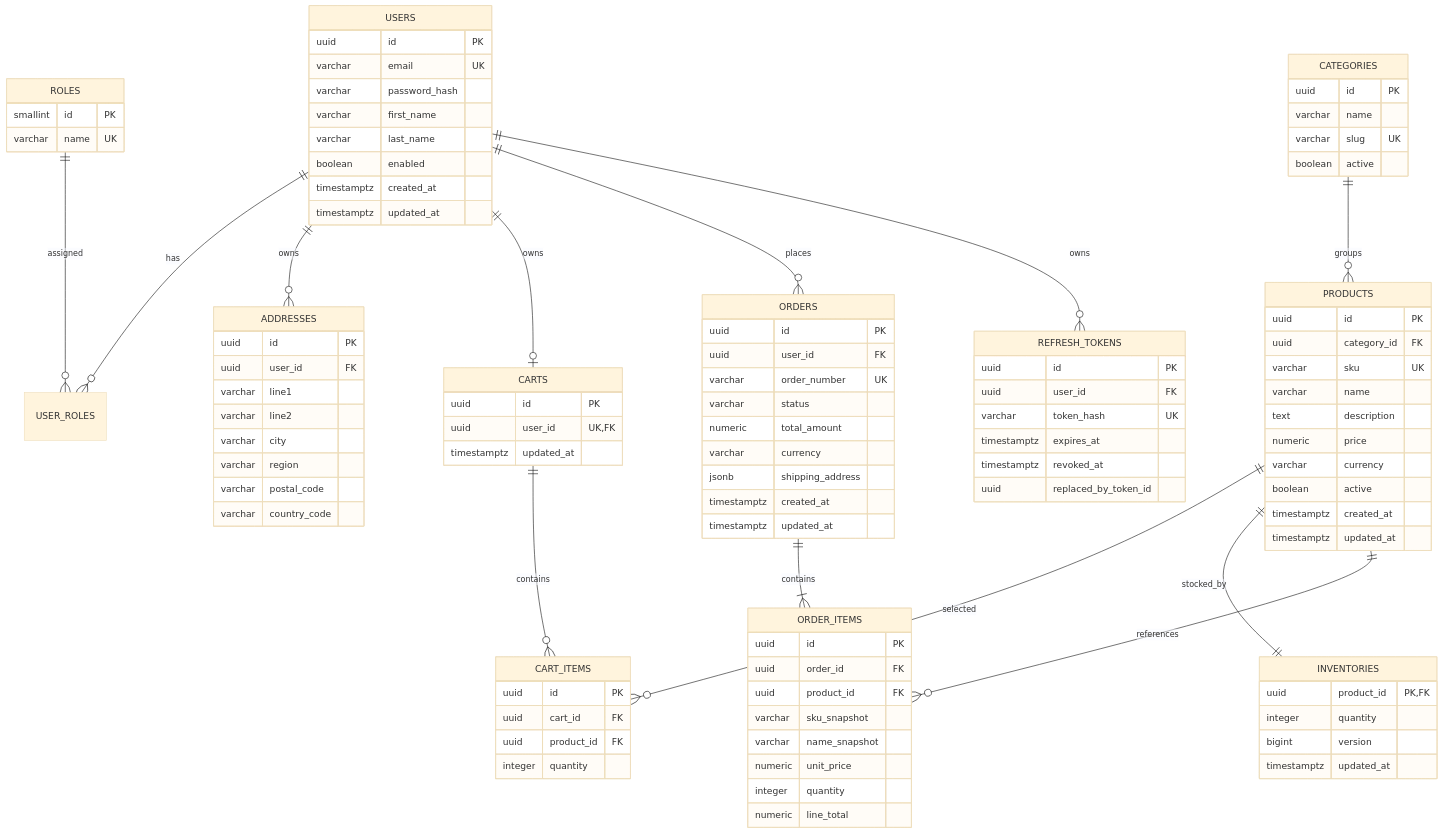
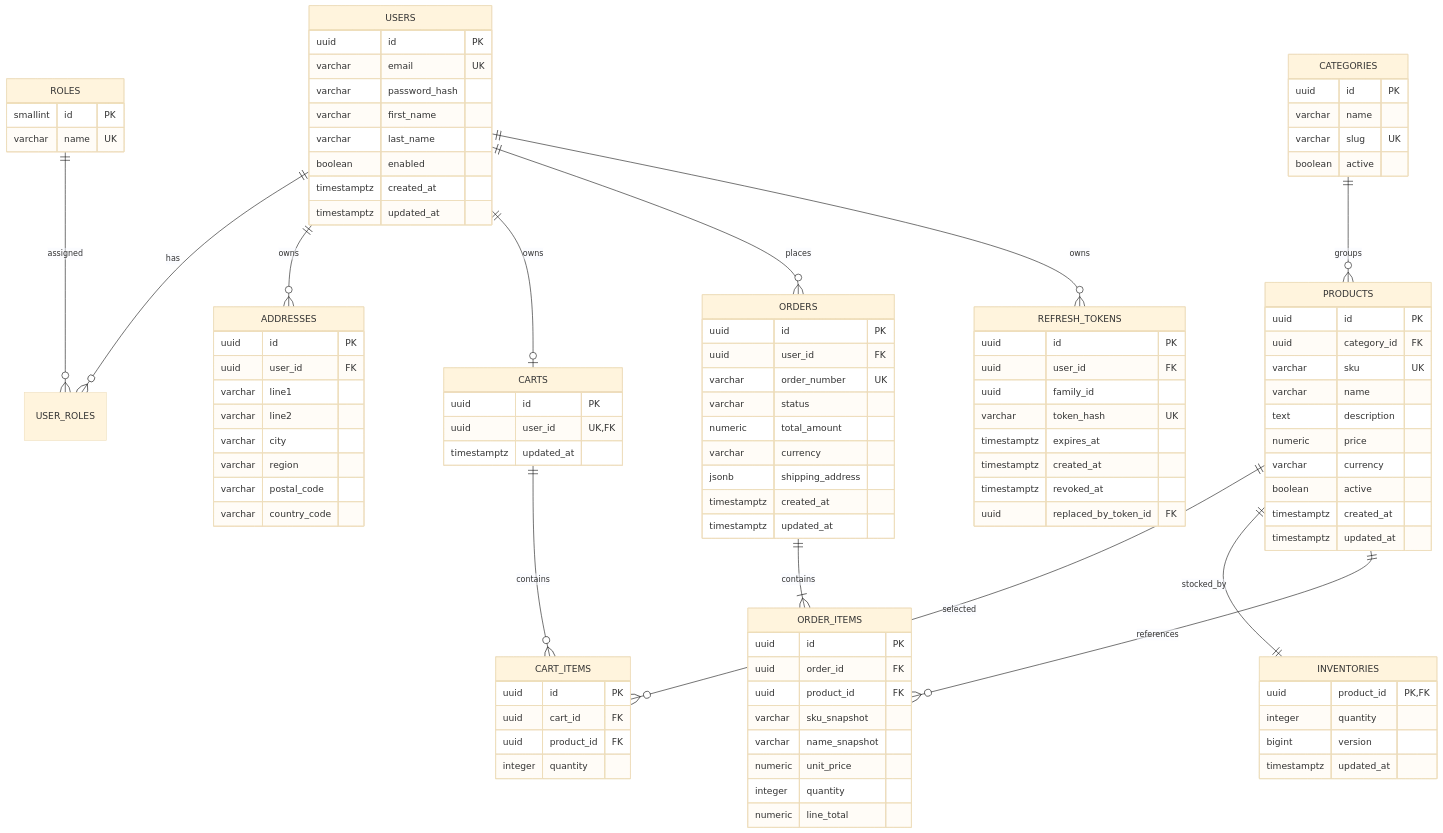
One commit to Deep2326/ordexaflow-api changed the diagram in docs/database-design.md. Above: the diagram before and after it, drawn with Mermaid (base theme). The commit also changed other lines of this file and 22 other files, not shown here.

````diff
--- a/docs/database-design.md
+++ b/docs/database-design.md
@@ -100,9 +100,11 @@
     REFRESH_TOKENS {
         uuid id PK
         uuid user_id FK
+        uuid family_id
         varchar token_hash UK
         timestamptz expires_at
+        timestamptz created_at
         timestamptz revoked_at
-        uuid replaced_by_token_id
+        uuid replaced_by_token_id FK
     }
 ```
````
